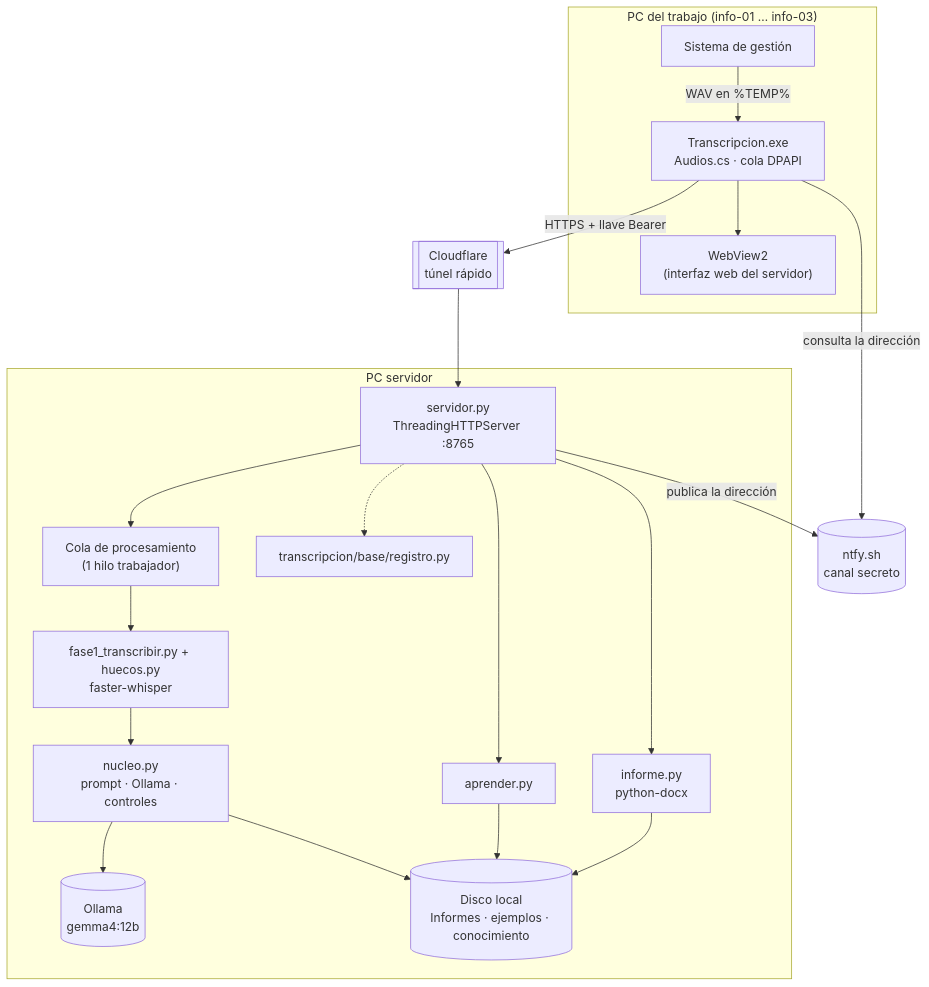
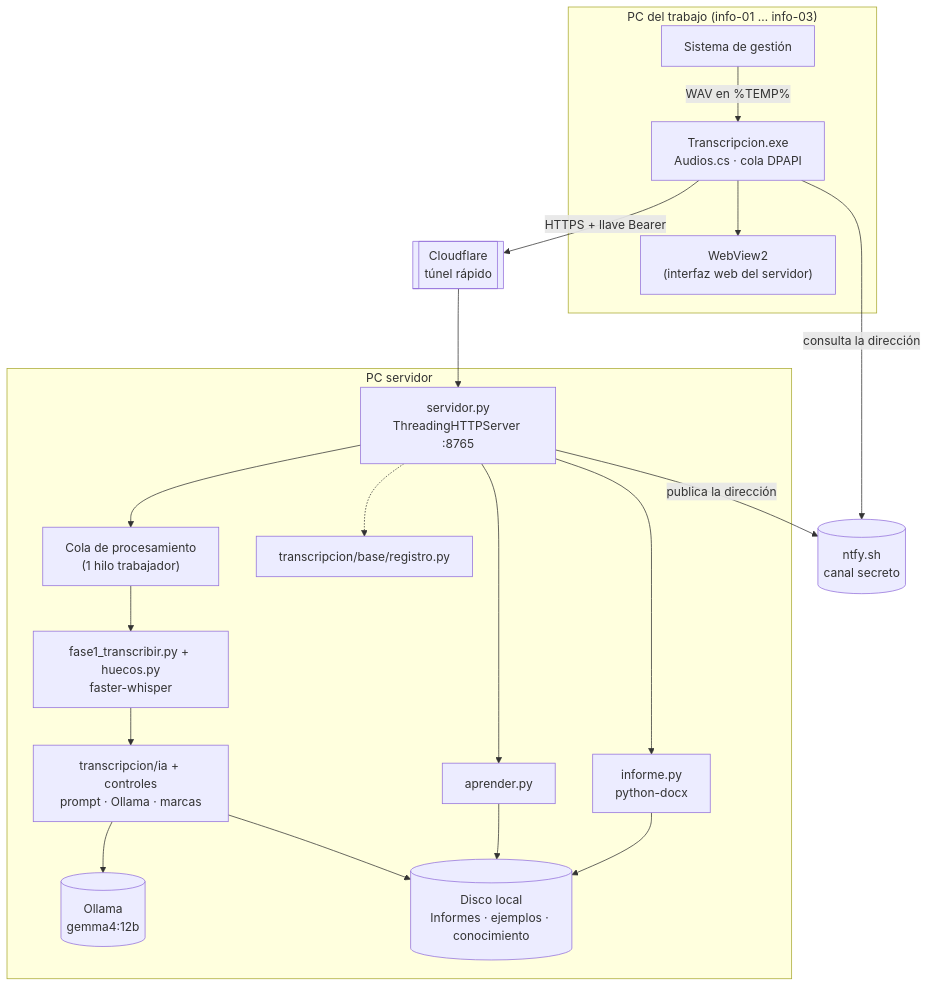
The first of 2 diagrams in docs/arquitectura.md (RodriEs11/Sistema-de-transcripcion-por-IA), drawn with Mermaid before and after one commit. The commit also changed other lines of this file and 10 other files, not shown here.

````diff
--- a/docs/arquitectura.md
+++ b/docs/arquitectura.md
@@ -13,31 +13,31 @@
 ```mermaid
 flowchart TB
     subgraph PC_Trabajo["PC del trabajo (info-01 … info-03)"]
         GES["Sistema de gestión"] -- "WAV en %TEMP%" --> CLI["Transcripcion.exe<br/>Audios.cs · cola DPAPI"]
         CLI --> WV["WebView2<br/>(interfaz web del servidor)"]
     end
 
     NTFY[("ntfy.sh<br/>canal secreto")]
     CF[["Cloudflare<br/>túnel rápido"]]
 
     subgraph Servidor["PC servidor"]
         HTTP["servidor.py<br/>ThreadingHTTPServer :8765"]
         COLA["Cola de procesamiento<br/>(1 hilo trabajador)"]
         WH["fase1_transcribir.py + huecos.py<br/>faster-whisper"]
-        NU["nucleo.py<br/>prompt · Ollama · controles"]
+        NU["transcripcion/ia + controles<br/>prompt · Ollama · marcas"]
         OL[("Ollama<br/>gemma4:12b")]
         INF["informe.py<br/>python-docx"]
         APR["aprender.py"]
         REG["transcripcion/base/registro.py"]
         FS[("Disco local<br/>Informes · ejemplos · conocimiento")]
         HTTP --> COLA --> WH --> NU --> OL
         HTTP --> INF --> FS
         HTTP --> APR --> FS
         NU --> FS
         HTTP -.-> REG
     end
 
     CLI -- "HTTPS + llave Bearer" --> CF --> HTTP
     HTTP -- "publica la dirección" --> NTFY
     CLI -- "consulta la dirección" --> NTFY
 ```
````
